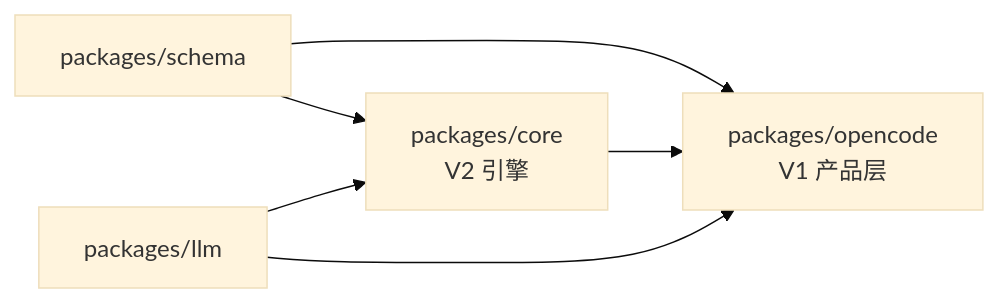
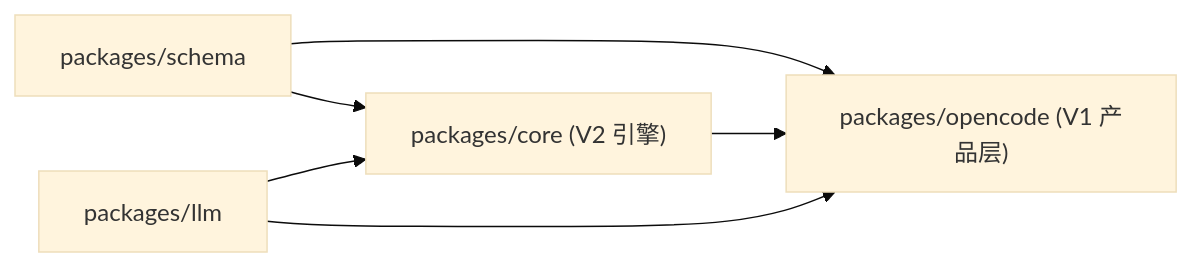
The second of 11 diagrams in frontier-apps/opencode-note.md (JunfengRan/Learning), drawn with Mermaid (base theme) before and after one commit. The commit also changed other lines of this file and 10 other files, not shown here.

Commit message:
为 HTML 技术解读笔记建立 SVG 校验流水线，并补充飞书 Aily Agent 解读与 OpenCode 范式对比内容。

````diff
--- a/frontier-apps/opencode-note.md
+++ b/frontier-apps/opencode-note.md
@@ -53,13 +88,13 @@
 ```mermaid
 flowchart LR
   Schema["packages/schema"]
-  Core["packages/core\nV2 引擎"]
-  OpenCode["packages/opencode\nV1 产品层"]
-  LLM["packages/llm"]
+  Core["packages/core (V2 引擎)"]
+  OpenCode["packages/opencode (V1 产品层)"]
+  LLMPkg["packages/llm"]
 
   Schema --> Core
   Schema --> OpenCode
   Core --> OpenCode
-  LLM --> Core
-  LLM --> OpenCode
+  LLMPkg --> Core
+  LLMPkg --> OpenCode
 ```
````
